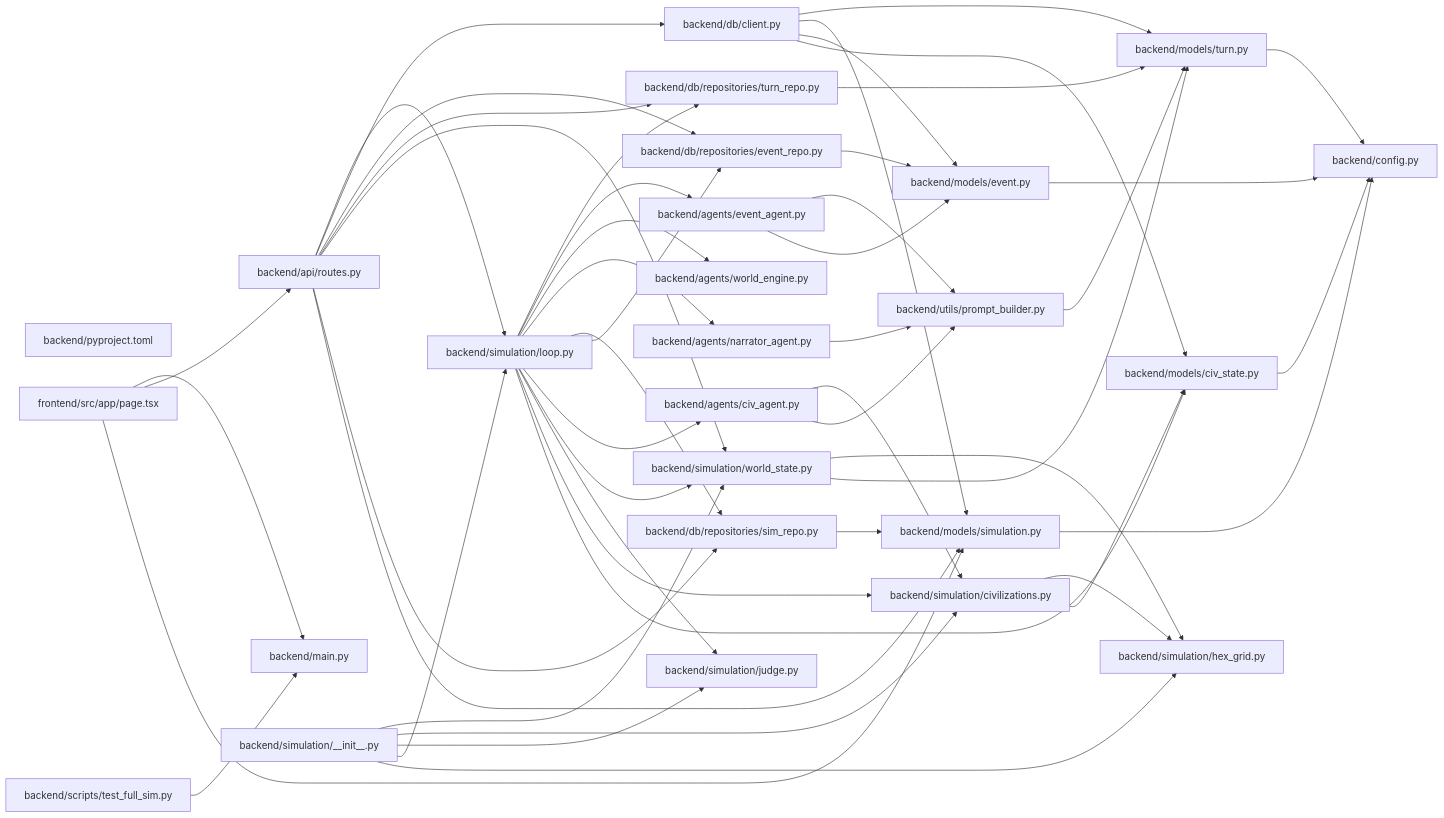
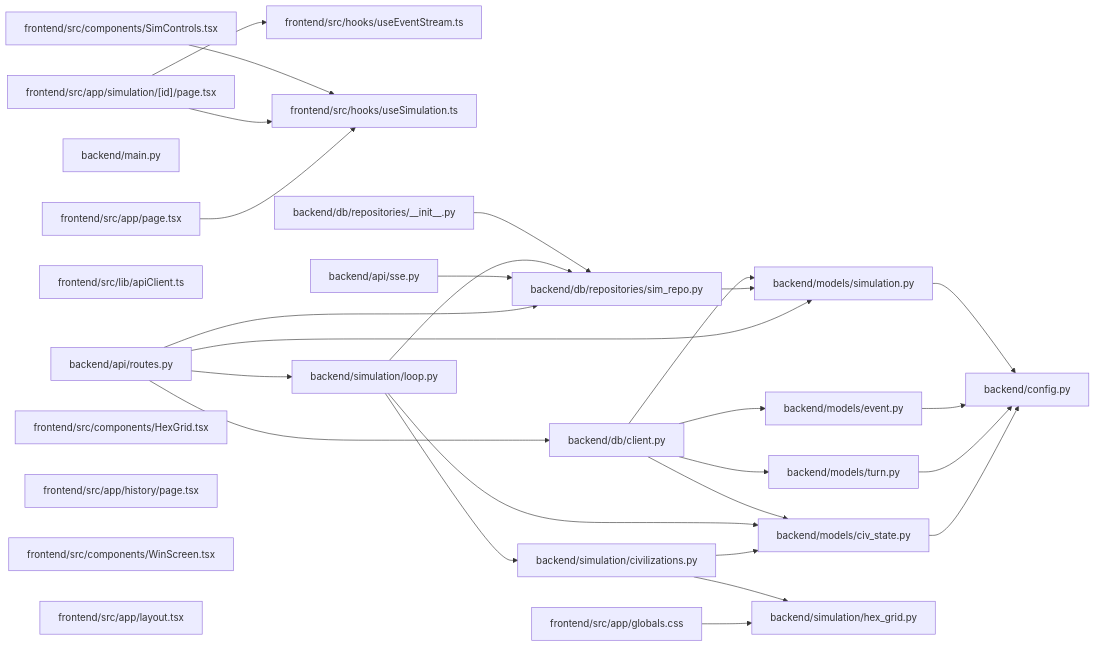
Before and after one commit to madhavv-xd/civilex: the diagram in CONTEXT.md, drawn with Mermaid. The commit also changed other lines of this file and 17 other files, not shown here.

````diff
--- a/CONTEXT.md
+++ b/CONTEXT.md
@@ -926,76 +847,53 @@
 ```mermaid
 graph LR
-    f0["backend/models/civ_state.py"]
-    f1["backend/models/simulation.py"]
-    f2["backend/api/routes.py"]
-    f3["backend/main.py"]
-    f4["backend/models/turn.py"]
-    f5["backend/models/event.py"]
-    f6["backend/simulation/civilizations.py"]
-    f7["backend/simulation/hex_grid.py"]
-    f8["backend/db/client.py"]
-    f9["backend/pyproject.toml"]
-    f10["backend/utils/prompt_builder.py"]
-    f11["backend/simulation/__init__.py"]
-    f12["backend/simulation/world_state.py"]
-    f13["backend/config.py"]
-    f14["backend/db/repositories/event_repo.py"]
-    f15["backend/db/repositories/sim_repo.py"]
-    f16["backend/db/repositories/turn_repo.py"]
-    f17["backend/simulation/loop.py"]
-    f18["frontend/src/app/page.tsx"]
-    f19["backend/simulation/judge.py"]
-    f20["backend/scripts/test_full_sim.py"]
-    f21["backend/agents/civ_agent.py"]
-    f22["backend/agents/event_agent.py"]
-    f23["backend/agents/narrator_agent.py"]
-    f24["backend/agents/world_engine.py"]
-    f0 --> f13
-    f1 --> f13
-    f2 --> f17
-    f2 --> f8
-    f2 --> f14
-    f2 --> f16
-    f2 --> f12
-    f2 --> f15
-    f2 --> f1
-    f4 --> f13
-    f5 --> f13
-    f6 --> f7
-    f6 --> f0
-    f8 --> f4
-    f8 --> f1
-    f8 --> f5
-    f8 --> f0
-    f10 --> f4
-    f11 --> f12
-    f11 --> f6
-    f11 --> f19
-    f11 --> f17
-    f11 --> f7
-    f12 --> f7
-    f12 --> f4
-    f14 --> f5
-    f15 --> f1
-    f16 --> f4
-    f17 --> f16
-    f17 --> f22
-    f17 --> f24
-    f17 --> f23
-    f17 --> f15
-    f17 --> f14
-    f17 --> f21
-    f17 --> f12
-    f17 --> f19
-    f17 --> f6
-    f17 --> f0
-    f18 --> f3
-    f18 --> f2
+    f0["frontend/src/app/page.tsx"]
+    f1["backend/models/civ_state.py"]
+    f2["backend/models/turn.py"]
+    f3["backend/api/routes.py"]
+    f4["backend/main.py"]
+    f5["backend/db/repositories/sim_repo.py"]
+    f6["frontend/src/app/simulation/[id]/page.tsx"]
+    f7["backend/models/event.py"]
+    f8["backend/models/simulation.py"]
+    f9["frontend/src/hooks/useEventStream.ts"]
+    f10["frontend/src/lib/apiClient.ts"]
+    f11["frontend/src/hooks/useSimulation.ts"]
+    f12["frontend/src/components/SimControls.tsx"]
+    f13["backend/simulation/hex_grid.py"]
+    f14["frontend/src/app/globals.css"]
+    f15["frontend/src/components/HexGrid.tsx"]
+    f16["backend/api/sse.py"]
+    f17["backend/simulation/civilizations.py"]
+    f18["backend/simulation/loop.py"]
+    f19["backend/db/repositories/__init__.py"]
+    f20["frontend/src/app/history/page.tsx"]
+    f21["frontend/src/components/WinScreen.tsx"]
+    f22["frontend/src/app/layout.tsx"]
+    f23["backend/config.py"]
+    f24["backend/db/client.py"]
+    f0 --> f11
+    f1 --> f23
+    f2 --> f23
+    f3 --> f18
+    f3 --> f24
+    f3 --> f5
+    f3 --> f8
+    f5 --> f8
+    f6 --> f11
+    f6 --> f9
+    f7 --> f23
+    f8 --> f23
+    f12 --> f11
+    f14 --> f13
+    f16 --> f5
+    f17 --> f13
+    f17 --> f1
+    f18 --> f5
+    f18 --> f17
     f18 --> f1
-    f20 --> f3
-    f21 --> f6
-    f21 --> f10
-    f22 --> f10
-    f22 --> f5
-    f23 --> f10
+    f19 --> f5
+    f24 --> f2
+    f24 --> f8
+    f24 --> f7
+    f24 --> f1
 ```
````
